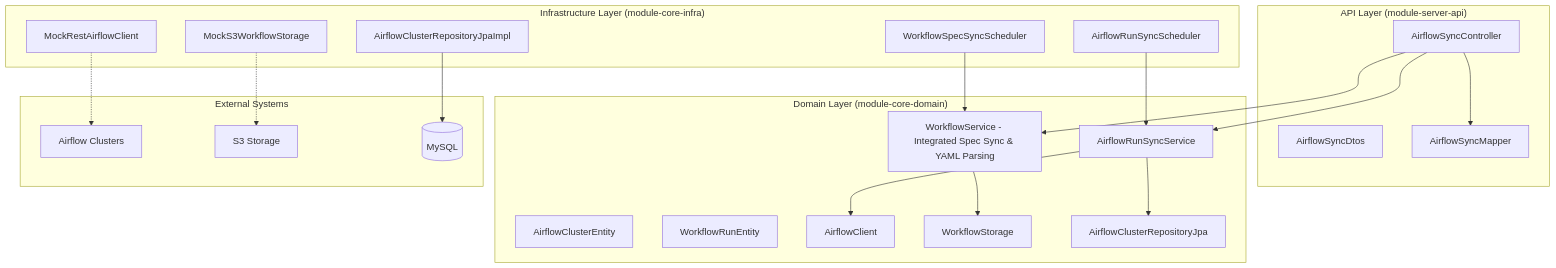
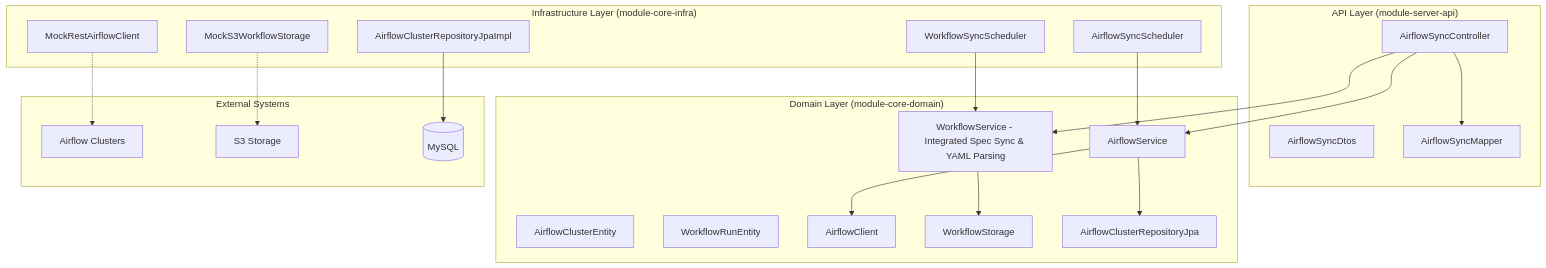
One commit to 1ambda/dataops-platform changed the diagram in project-basecamp-server/features/AIRFLOW_RELEASE.md. Above: the diagram before and after it, drawn with Mermaid. The commit also changed other lines of this file and 7 other files, not shown here.

````diff
--- a/project-basecamp-server/features/AIRFLOW_RELEASE.md
+++ b/project-basecamp-server/features/AIRFLOW_RELEASE.md
@@ -151,44 +151,44 @@
 ```mermaid
 graph TB
     subgraph "API Layer (module-server-api)"
         ASC[AirflowSyncController]
         ASD[AirflowSyncDtos]
         ASM[AirflowSyncMapper]
     end
 
     subgraph "Domain Layer (module-core-domain)"
         WS[WorkflowService - Integrated Spec Sync & YAML Parsing]
-        ARS[AirflowRunSyncService]
+        ARS[AirflowService]
         ACE[AirflowClusterEntity]
         WRE[WorkflowRunEntity]
         AC[AirflowClient]
         WS3[WorkflowStorage]
         ACR[AirflowClusterRepositoryJpa]
     end
 
     subgraph "Infrastructure Layer (module-core-infra)"
-        WSSS[WorkflowSpecSyncScheduler]
-        ARSS[AirflowRunSyncScheduler]
+        WSSS[WorkflowSyncScheduler]
+        ARSS[AirflowSyncScheduler]
         MS3[MockS3WorkflowStorage]
         MRC[MockRestAirflowClient]
         ACRI[AirflowClusterRepositoryJpaImpl]
     end
 
     subgraph "External Systems"
         AF[Airflow Clusters]
         S3[S3 Storage]
         DB[(MySQL)]
     end
 
     ASC --> WS
     ASC --> ARS
     ASC --> ASM
     WS --> WS3
     ARS --> AC
     ARS --> ACR
     WSSS --> WS
     ARSS --> ARS
     MS3 -.-> S3
     MRC -.-> AF
     ACRI --> DB
 ```
````
